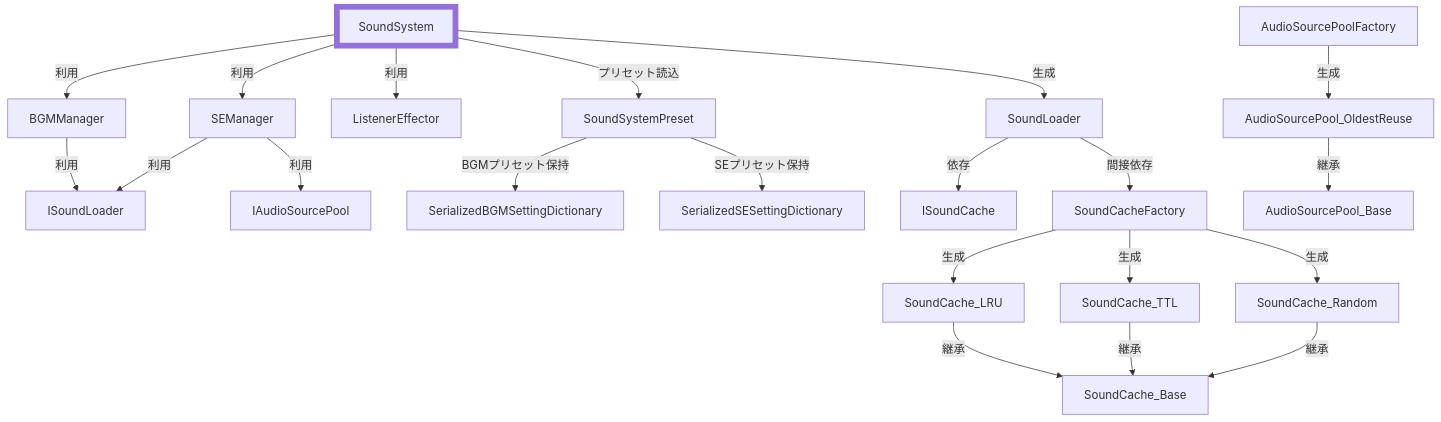
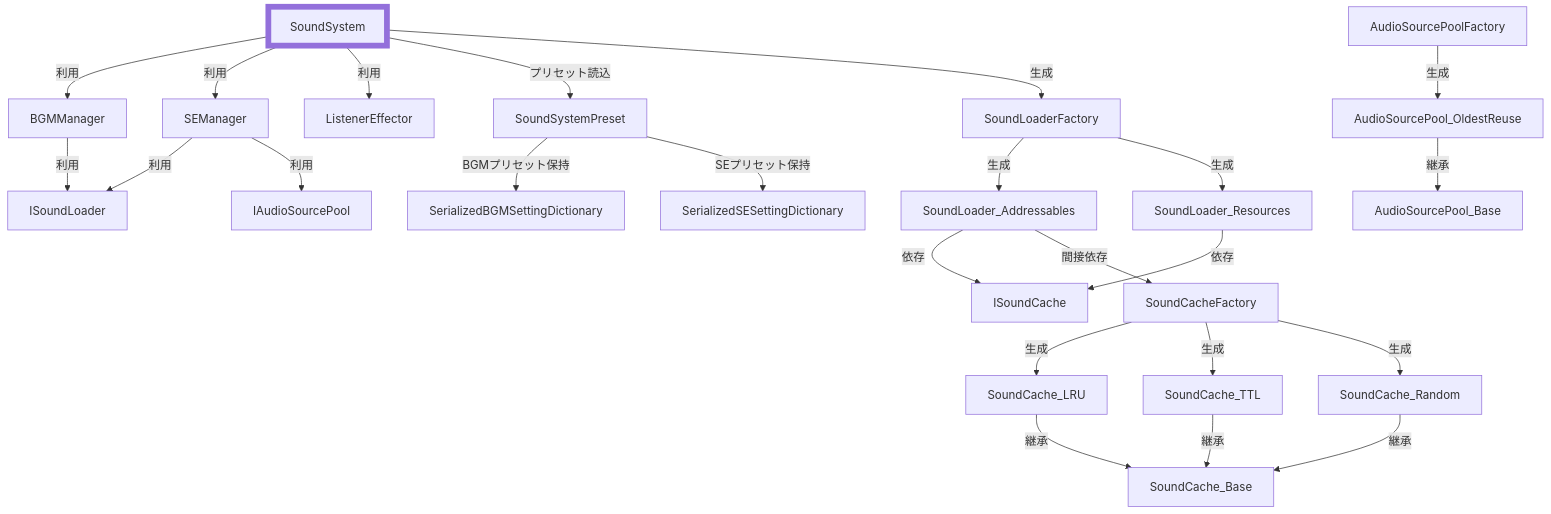
Before and after one commit to SunagimoOisii/SoundSystemPlugin_ForUnity: the diagram in README.md, drawn with Mermaid. The commit also changed other lines of this file and 6 other files, not shown here.

````diff
--- a/README.md
+++ b/README.md
@@ -22,56 +22,61 @@
 ```mermaid
 graph
 
 %% 外部公開API
 classDef highlight stroke-width:8px
 SoundSystem:::highlight
 SoundSystemPreset
 SerializedBGMSettingDictionary
 SerializedSESettingDictionary
 
 %% プレイヤー管理
 BGMManager
 SEManager
 ListenerEffector
 
 %% ローダ・キャッシュ
 ISoundLoader
-SoundLoader
+SoundLoader_Addressables
+SoundLoader_Resources
+SoundLoaderFactory
 ISoundCache
 SoundCache_Base
 SoundCache_LRU
 SoundCache_TTL
 SoundCache_Random
 SoundCacheFactory
 
 %% AudioSourcePool関連
 IAudioSourcePool
 AudioSourcePool_Base
 AudioSourcePool_OldestReuse
 AudioSourcePoolFactory
 
 %% 関係定義
 SoundSystem -->|利用| BGMManager
 SoundSystem -->|利用| SEManager
 SoundSystem -->|利用| ListenerEffector
 SoundSystem -->|プリセット読込| SoundSystemPreset
-SoundSystem -->|生成| SoundLoader
-SoundLoader -->|依存| ISoundCache
-SoundLoader -->|間接依存| SoundCacheFactory
+SoundSystem -->|生成| SoundLoaderFactory
+SoundLoaderFactory -->|生成| SoundLoader_Addressables
+SoundLoaderFactory -->|生成| SoundLoader_Resources
+SoundLoader_Addressables -->|依存| ISoundCache
+SoundLoader_Resources -->|依存| ISoundCache
+SoundLoader_Addressables -->|間接依存| SoundCacheFactory
 BGMManager -->|利用| ISoundLoader
 SEManager -->|利用| ISoundLoader
 SEManager -->|利用| IAudioSourcePool
 
 SoundCacheFactory -->|生成| SoundCache_LRU
 SoundCacheFactory -->|生成| SoundCache_TTL
 SoundCacheFactory -->|生成| SoundCache_Random
 SoundCache_LRU -->|継承| SoundCache_Base
 SoundCache_TTL -->|継承| SoundCache_Base
 SoundCache_Random -->|継承| SoundCache_Base
 
 AudioSourcePoolFactory -->|生成| AudioSourcePool_OldestReuse
 AudioSourcePool_OldestReuse -->|継承| AudioSourcePool_Base
 
 SoundSystemPreset -->|BGMプリセット保持| SerializedBGMSettingDictionary
 SoundSystemPreset -->|SEプリセット保持| SerializedSESettingDictionary
 ```
````
